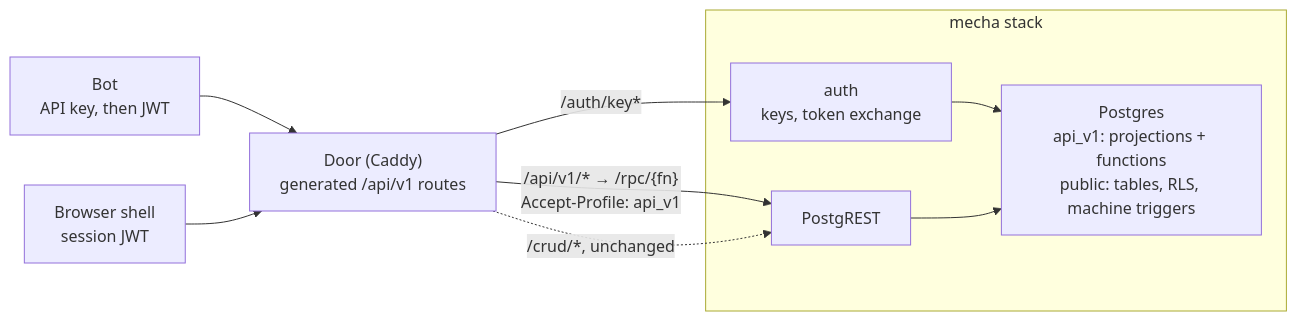
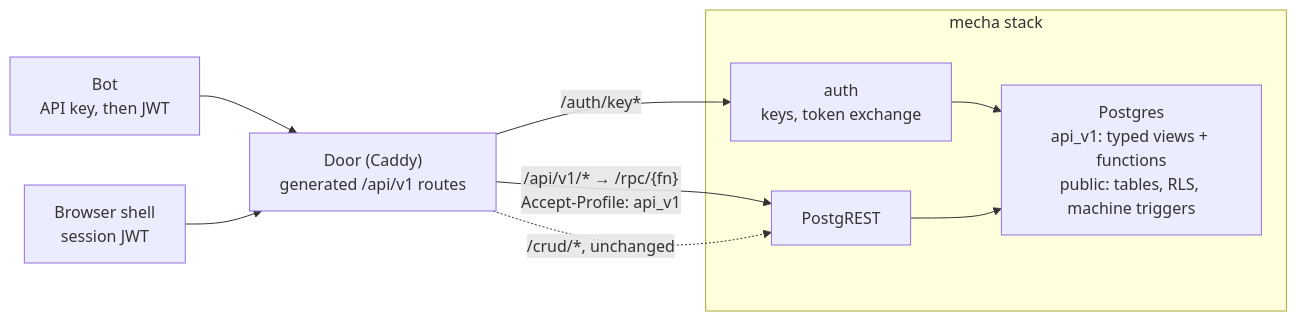
The diagram in docs/pronto-api.md (bsoneca/pronto-plugins), drawn with Mermaid before and after one commit. The commit also changed other lines of this file, not shown here.

Commit message:
PRONTO-374: pronto-api says views, and views have a strong schema

````diff
--- a/docs/pronto-api.md
+++ b/docs/pronto-api.md
@@ -52,15 +52,15 @@
 ```mermaid
 flowchart LR
   bot["Bot<br/>API key, then JWT"] --> door["Door (Caddy)<br/>generated /api/v1 routes"]
   browser["Browser shell<br/>session JWT"] --> door
   door -- "/api/v1/* → /rpc/{fn}<br/>Accept-Profile: api_v1" --> crud
   door -. "/crud/*, unchanged" .-> crud
   door -- "/auth/key*" --> auth
   subgraph mecha["mecha stack"]
     auth["auth<br/>keys, token exchange"]
     crud["PostgREST"]
-    pg["Postgres<br/>api_v1: projections + functions<br/>public: tables, RLS, machine triggers"]
+    pg["Postgres<br/>api_v1: typed views + functions<br/>public: tables, RLS, machine triggers"]
   end
   auth --> pg
   crud --> pg
 ```
````
